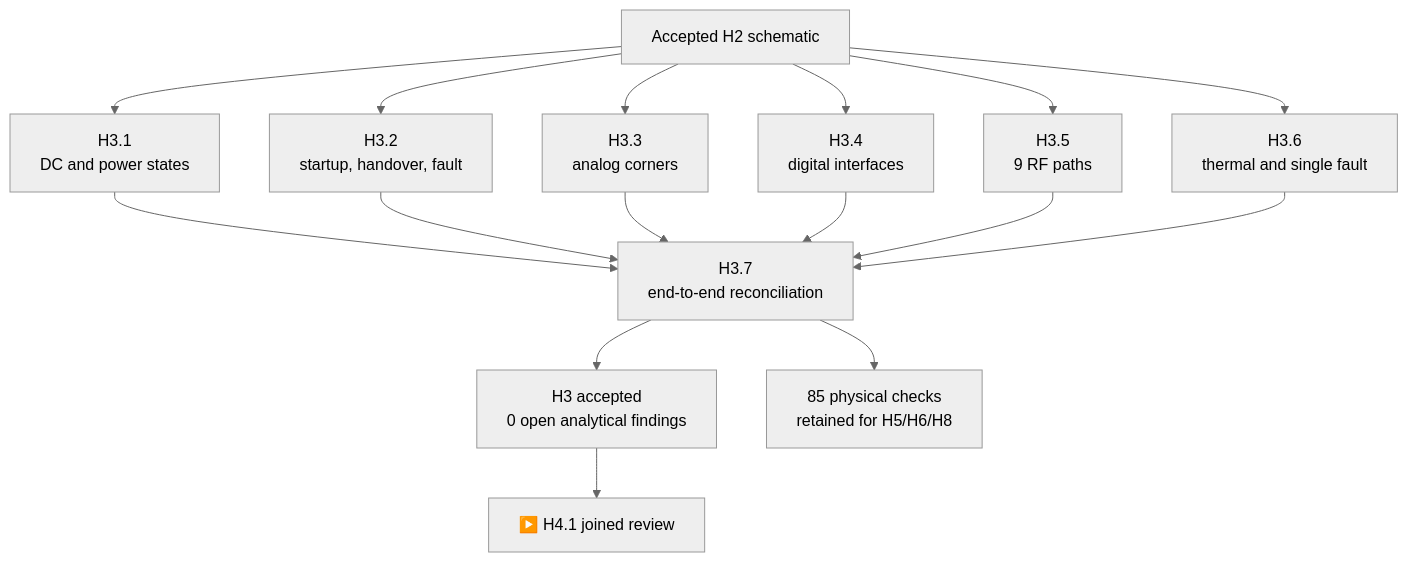
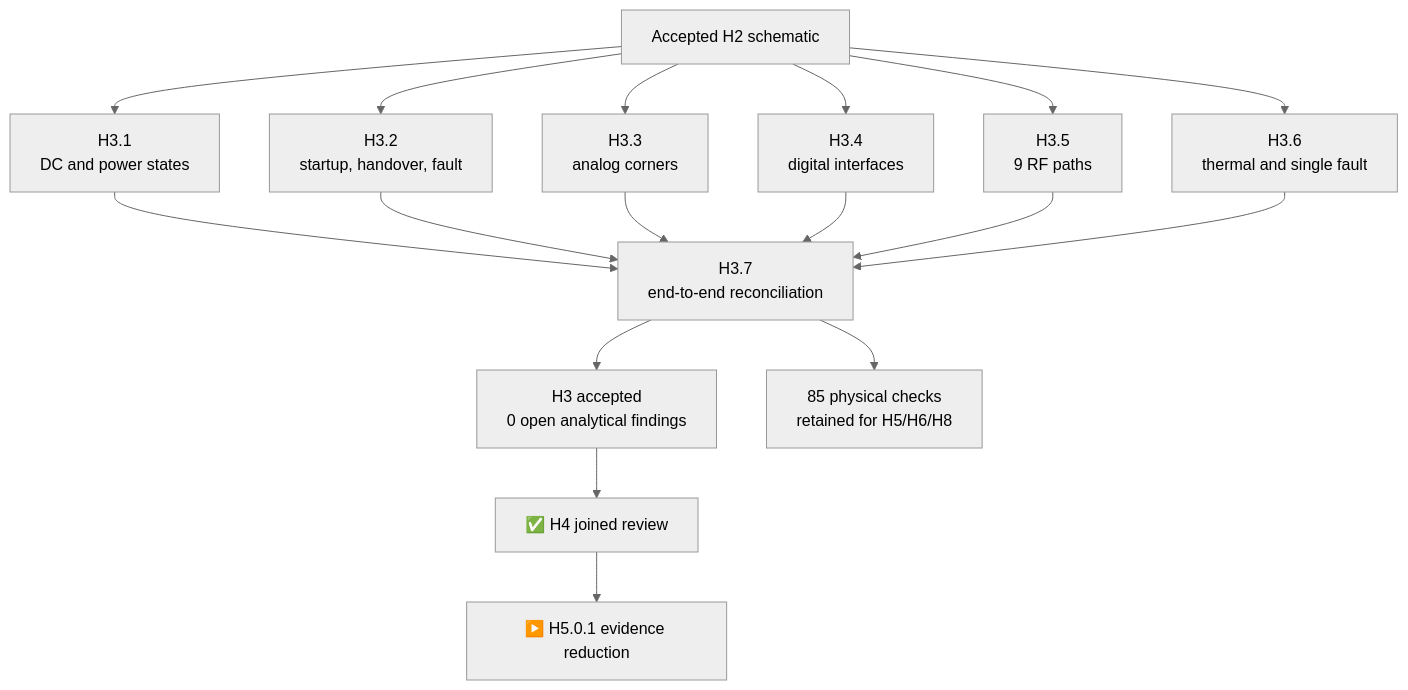
Before and after one commit to anton-vinogradov/esp32-leshy2: the diagram in docs/h3-acceptance.md, drawn with Mermaid (neutral theme). The commit also changed other lines of this file and 99 other files, not shown here.

Commit message:
Review joined H4 pre-layout gate

````diff
--- a/docs/h3-acceptance.md
+++ b/docs/h3-acceptance.md
@@ -11,17 +11,18 @@
 ```mermaid
 flowchart TB
   H2["Accepted H2 schematic"]
   DC["H3.1<br/>DC and power states"]
   TR["H3.2<br/>startup, handover, fault"]
   AN["H3.3<br/>analog corners"]
   DI["H3.4<br/>digital interfaces"]
   RF["H3.5<br/>9 RF paths"]
   SF["H3.6<br/>thermal and single fault"]
   X["H3.7<br/>end-to-end reconciliation"]
   OK["H3 accepted<br/>0 open analytical findings"]
   PH["85 physical checks<br/>retained for H5/H6/H8"]
   H2 --> DC & TR & AN & DI & RF & SF
   DC & TR & AN & DI & RF & SF --> X --> OK
   X --> PH
-  OK --> H4["▶️ H4.1 joined review"]
+  OK --> H4["✅ H4 joined review"]
+  H4 --> H5["▶️ H5.0.1 evidence reduction"]
 ```
````
